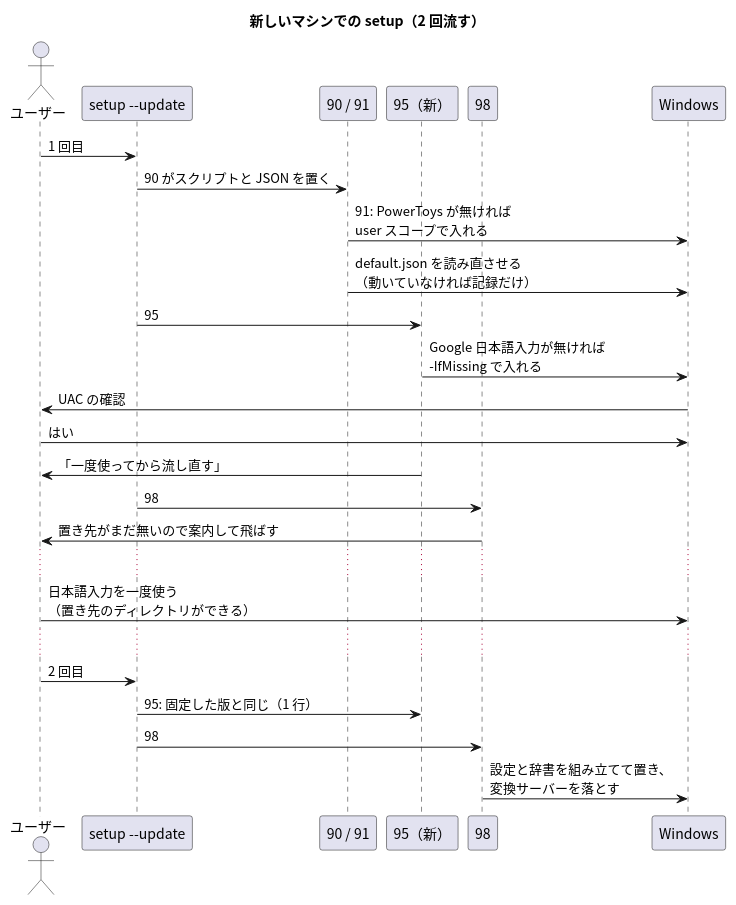
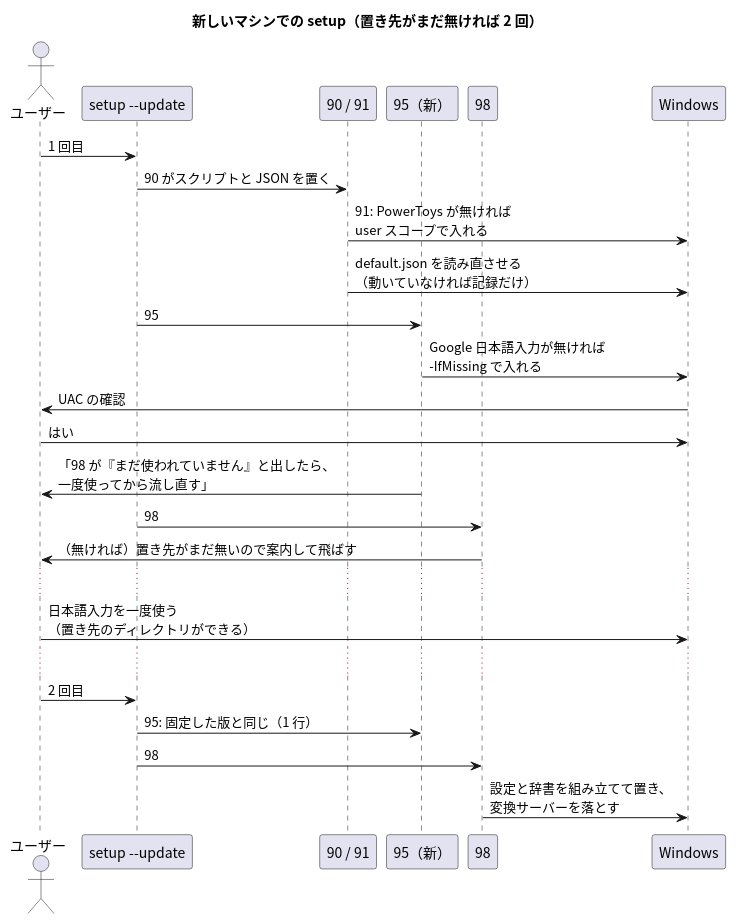
Before and after one commit to pollenjp/dotfiles: the diagram in docs/adr/017_win_apps_winget_20261012T115007JST/plantuml/03_new_machine.puml, drawn with PlantUML. The commit also changed 7 other files, not shown here.

```diff
--- a/docs/adr/017_win_apps_winget_20261012T115007JST/plantuml/03_new_machine.puml
+++ b/docs/adr/017_win_apps_winget_20261012T115007JST/plantuml/03_new_machine.puml
@@ -1,36 +1,36 @@
 @startuml
-' 新しいマシンで setup を流したときの流れ。98 の置き先は日本語入力を初めて使ったときに
-' できるので、2 回目の setup で設定と辞書が入る。
+' 新しいマシンで setup を流したときの流れ。98 の置き先 (日本語入力を初めて使ったときにできる。
+' 3.34 の MSI は入れた直後に作る見込み) がまだ無ければ、2 回目の setup で設定と辞書が入る。
 skinparam backgroundColor #FFFFFF
 skinparam defaultFontName "Noto Sans CJK JP"
 skinparam shadowing false
 skinparam sequenceMessageAlign left
 
-title 新しいマシンでの setup（2 回流す）
+title 新しいマシンでの setup（置き先がまだ無ければ 2 回）
 
 actor "ユーザー" as U
 participant "setup --update" as S
 participant "90 / 91" as P91
 participant "95（新）" as P95
 participant "98" as P98
 participant "Windows" as W
 
 U -> S : 1 回目
 S -> P91 : 90 がスクリプトと JSON を置く
 P91 -> W : 91: PowerToys が無ければ\nuser スコープで入れる
 P91 -> W : default.json を読み直させる\n（動いていなければ記録だけ）
 S -> P95 : 95
 P95 -> W : Google 日本語入力が無ければ\n-IfMissing で入れる
 W -> U : UAC の確認
 U -> W : はい
-P95 -> U : 「一度使ってから流し直す」
+P95 -> U : 「98 が『まだ使われていません』と出したら、\n一度使ってから流し直す」
 S -> P98 : 98
-P98 -> U : 置き先がまだ無いので案内して飛ばす
+P98 -> U : （無ければ）置き先がまだ無いので案内して飛ばす
 ...
 U -> W : 日本語入力を一度使う\n（置き先のディレクトリができる）
 ...
 U -> S : 2 回目
 S -> P95 : 95: 固定した版と同じ（1 行）
 S -> P98 : 98
 P98 -> W : 設定と辞書を組み立てて置き、\n変換サーバーを落とす
 @enduml
```
